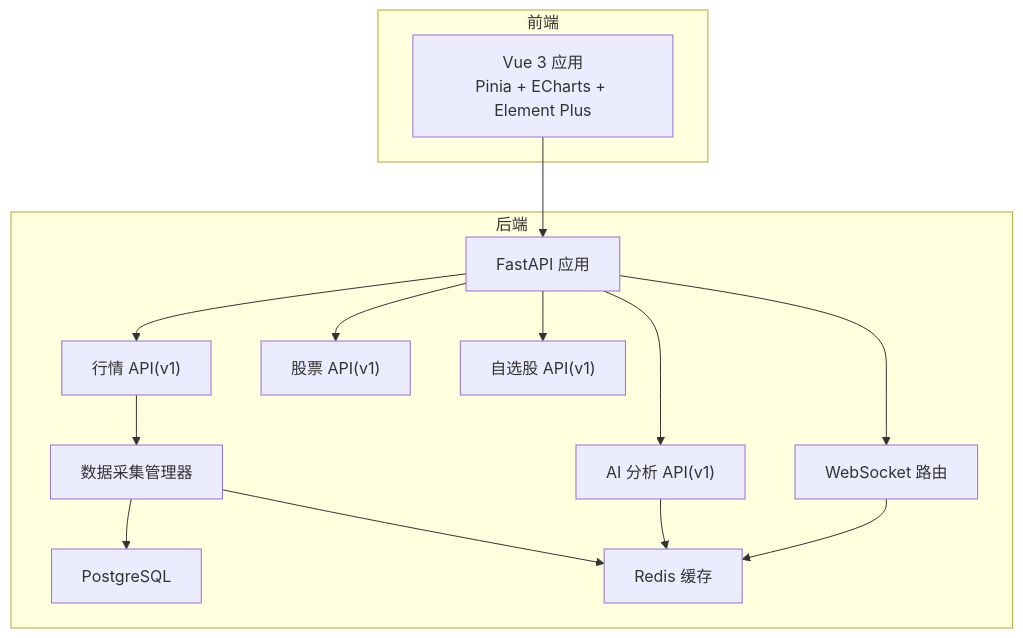
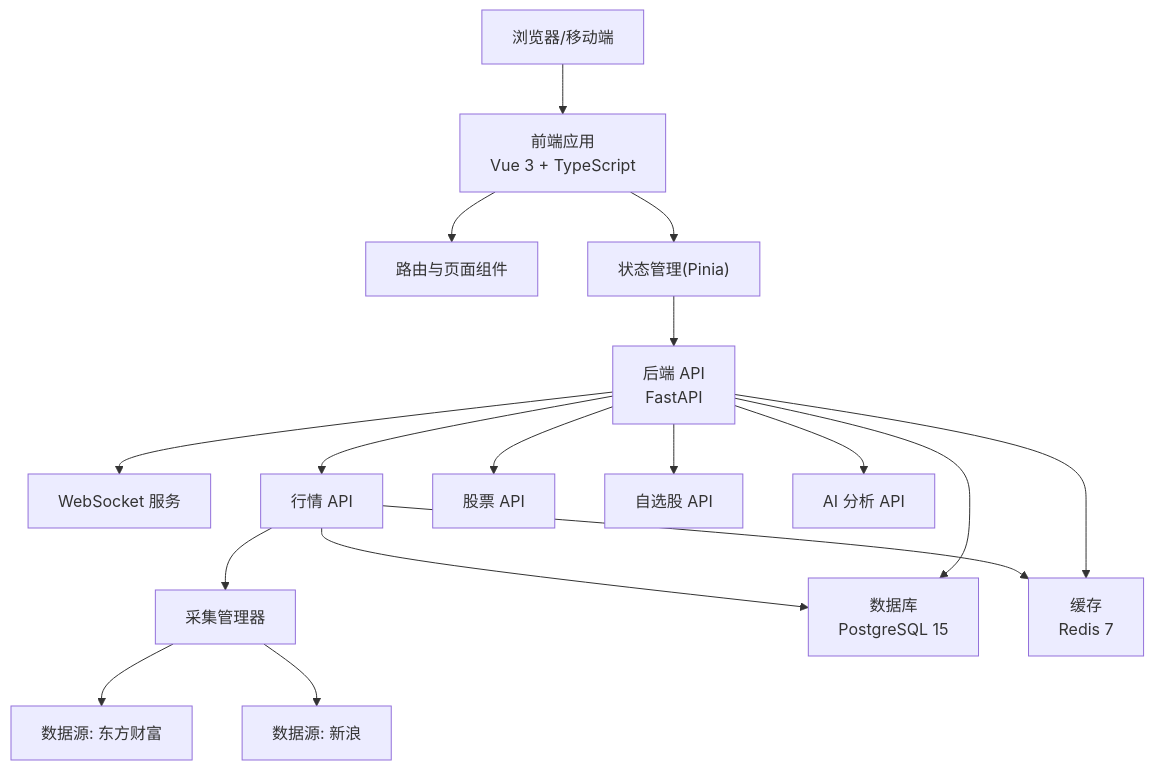
Before and after one commit to We3le7/stock-view: the second of 6 diagrams in .qoder/repowiki/zh/content/项目概述.md, drawn with Mermaid. The commit also changed other lines of this file and 142 other files, not shown here.

````diff
--- a/.qoder/repowiki/zh/content/项目概述.md
+++ b/.qoder/repowiki/zh/content/项目概述.md
@@ -46,28 +153,34 @@
 ```mermaid
 graph TB
-subgraph "前端"
-FE_Vue["Vue 3 应用<br/>Pinia + ECharts + Element Plus"]
-end
-subgraph "后端"
-API["FastAPI 应用"]
-WS["WebSocket 路由"]
-QUOTE["行情 API(v1)"]
-STOCK["股票 API(v1)"]
-WATCH["自选股 API(v1)"]
-AI["AI 分析 API(v1)"]
-COL["数据采集管理器"]
-DB["PostgreSQL"]
-REDIS["Redis 缓存"]
-end
-FE_Vue --> API
-API --> QUOTE
-API --> STOCK
-API --> WATCH
-API --> AI
+Browser["浏览器/移动端"]
+Frontend["前端应用<br/>Vue 3 + TypeScript"]
+RouterFE["路由与页面组件"]
+StoreFE["状态管理(Pinia)"]
+API["后端 API<br/>FastAPI"]
+WS["WebSocket 服务"]
+QuoteAPI["行情 API"]
+StockAPI["股票 API"]
+WatchlistAPI["自选股 API"]
+AIAPI["AI 分析 API"]
+CollectorMgr["采集管理器"]
+EastMoney["数据源: 东方财富"]
+Sina["数据源: 新浪"]
+DB["数据库<br/>PostgreSQL 15"]
+Redis["缓存<br/>Redis 7"]
+Browser --> Frontend
+Frontend --> RouterFE
+Frontend --> StoreFE
+StoreFE --> API
+API --> QuoteAPI
+API --> StockAPI
+API --> WatchlistAPI
+API --> AIAPI
 API --> WS
-QUOTE --> COL
-COL --> DB
-COL --> REDIS
-AI --> REDIS
-WS --> REDIS
+QuoteAPI --> CollectorMgr
+CollectorMgr --> EastMoney
+CollectorMgr --> Sina
+QuoteAPI --> DB
+QuoteAPI --> Redis
+API --> DB
+API --> Redis
 ```
````
